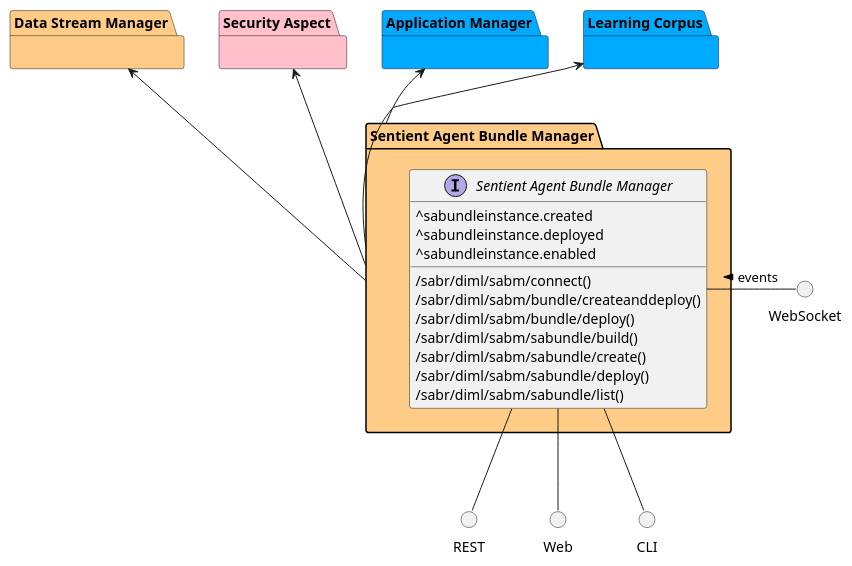
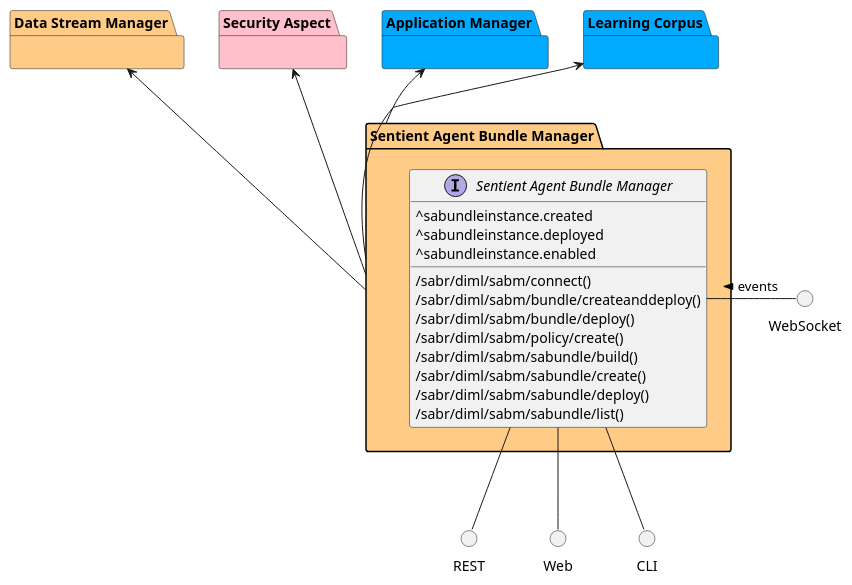
Before and after one commit to madajaju/sabr: the diagram in docs/sabr/diml/sabm/subpackage.puml, drawn with PlantUML. The commit also changed 413 other files, not shown here.

```diff
--- a/docs/sabr/diml/sabm/subpackage.puml
+++ b/docs/sabr/diml/sabm/subpackage.puml
@@ -1,68 +1,69 @@
 @startuml
 
 
 package "Data Stream Manager" #ffcc88 {
 
 }
 
 package "Security Aspect" #pink {
 
 }
 
 package "Application Manager" #00aaff {
 
 }
 
 package "Learning Corpus" #00aaff {
 
 }
 
 package "Sentient Agent Bundle Manager" #ffcc88 {
 
 }
 
 
 package "Sentient Agent Bundle Manager" #ffcc88 {
 
     interface "Sentient Agent Bundle Manager" as i {
             ^sabundleinstance.created
             ^sabundleinstance.deployed
             ^sabundleinstance.enabled
     
             /sabr/diml/sabm/connect()
             /sabr/diml/sabm/bundle/createanddeploy()
             /sabr/diml/sabm/bundle/deploy()
+            /sabr/diml/sabm/policy/create()
             /sabr/diml/sabm/sabundle/build()
             /sabr/diml/sabm/sabundle/create()
             /sabr/diml/sabm/sabundle/deploy()
             /sabr/diml/sabm/sabundle/list()
     
     }
 }
 
 circle REST
 circle Web
 circle CLI
 circle WebSocket
 
 i -down- Web
 i -down- CLI
 i -down- REST
 WebSocket -left- i: events >
 
 package "Sentient Agent Bundle Manager" #ffcc88 {
 
 
 }
 
 
     "Data Stream Manager" <-- "Sentient Agent Bundle Manager"
 
     "Security Aspect" <-- "Sentient Agent Bundle Manager"
 
     "Application Manager" <-- "Sentient Agent Bundle Manager"
 
     "Learning Corpus" <-- "Sentient Agent Bundle Manager"
 
 
 @enduml
```
